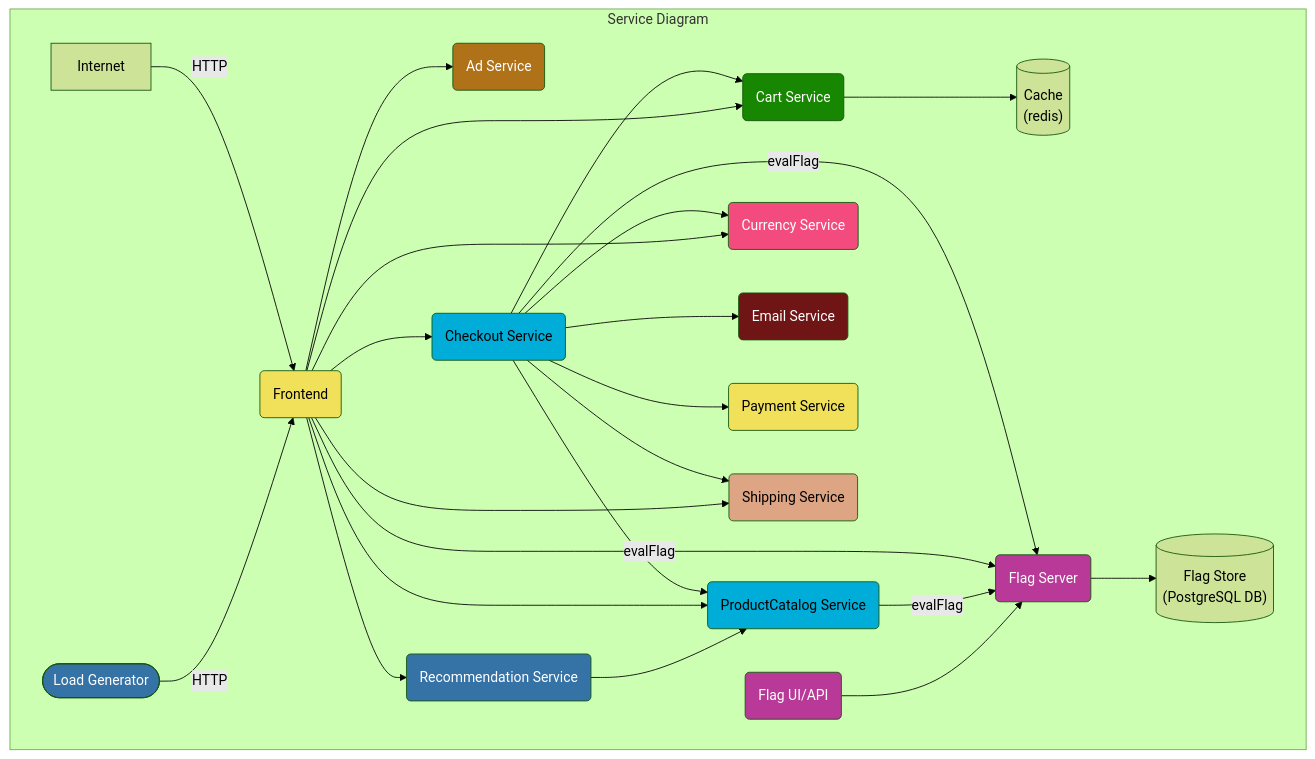
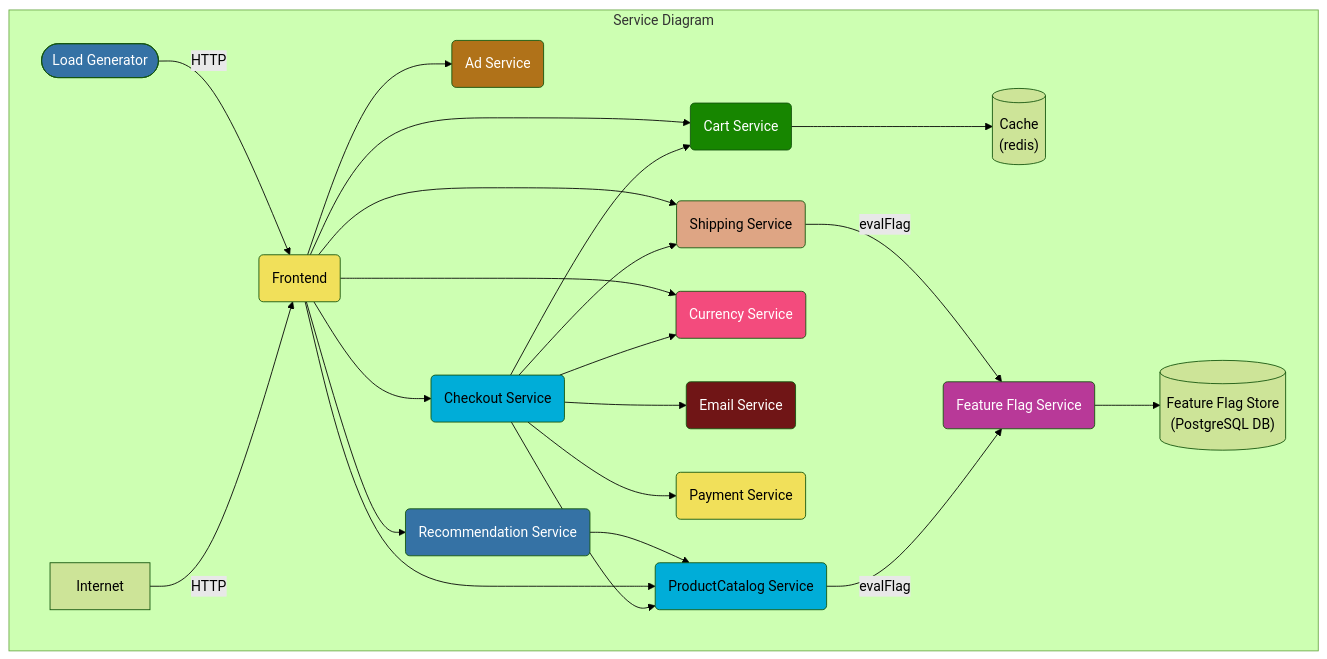
Before and after one commit to mohamed3637/opentelemetry-demo: the first of 2 diagrams in README.md, drawn with Mermaid (forest theme). The commit also changed other lines of this file and 3 other files, not shown here.

First line of the commit message:
Update readme service graph for Feature Flag Service (#321)

````diff
--- a/README.md
+++ b/README.md
@@ -36,57 +35,55 @@
 ```mermaid
 graph TD
 
 subgraph Service Diagram
 adservice(Ad Service):::java
 cache[(Cache<br/>&#40redis&#41)]
 cartservice(Cart Service):::dotnet
 checkoutservice(Checkout Service):::golang
 currencyservice(Currency Service):::cpp
 emailservice(Email Service):::ruby
 frontend(Frontend):::javascript
 loadgenerator([Load Generator]):::python
 paymentservice(Payment Service):::javascript
 productcatalogservice(ProductCatalog Service):::golang
 recommendationservice(Recommendation Service):::python
 shippingservice(Shipping Service):::rust
+featureflagservice(Feature Flag Service):::erlang
+featureflagstore[(Feature Flag Store<br/>&#40PostgreSQL DB&#41)]
 
 Internet -->|HTTP| frontend
 loadgenerator -->|HTTP| frontend
 
 checkoutservice --> cartservice --> cache
 checkoutservice --> productcatalogservice
 checkoutservice --> currencyservice
 checkoutservice --> emailservice
 checkoutservice --> paymentservice
 checkoutservice --> shippingservice
-checkoutservice --> |evalFlag| featureflagbeservice
 
 frontend --> adservice
 frontend --> cartservice
 frontend --> productcatalogservice
 frontend --> checkoutservice
 frontend --> currencyservice
 frontend --> recommendationservice --> productcatalogservice
 frontend --> shippingservice
-frontend --> |evalFlag| featureflagbeservice
 
-productcatalogservice --> |evalFlag| featureflagbeservice
+productcatalogservice --> |evalFlag| featureflagservice
 
-featureflagbeservice(Flag Server):::erlang
-featureflagfeservice(Flag UI/API):::erlang
-featureflagstore[(Flag Store<br/>&#40PostgreSQL DB&#41)]
+shippingservice --> |evalFlag| featureflagservice
 
-featureflagfeservice --> featureflagbeservice --> featureflagstore
+featureflagservice --> featureflagstore
 
 end
 classDef java fill:#b07219,color:white;
 classDef dotnet fill:#178600,color:white;
 classDef golang fill:#00add8,color:black;
 classDef cpp fill:#f34b7d,color:white;
 classDef ruby fill:#701516,color:white;
 classDef python fill:#3572A5,color:white;
 classDef javascript fill:#f1e05a,color:black;
 classDef rust fill:#dea584,color:black;
 classDef erlang fill:#b83998,color:white;
 classDef php fill:#4f5d95,color:white;
 ```
````
